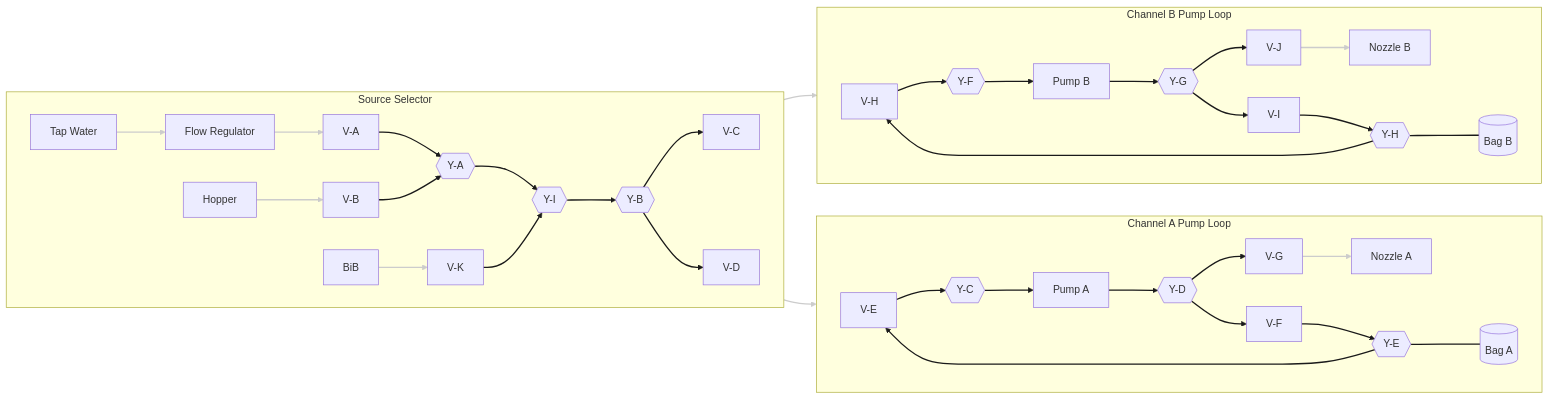
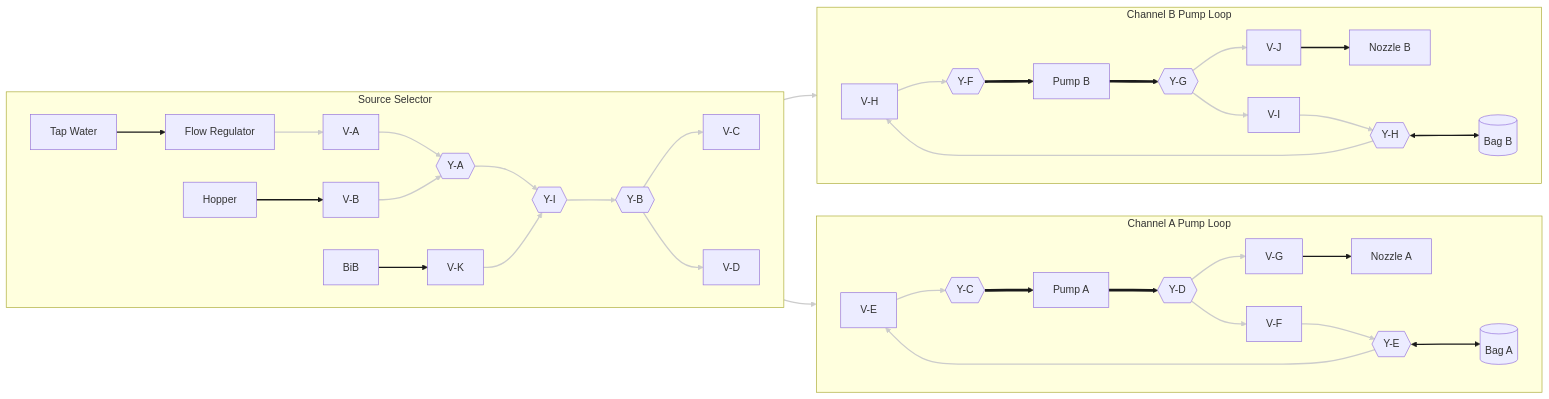
Before and after one commit to derekbreden/soda-flavor-injector: the diagram in hardware/topology/fluid-topology.mmd, drawn with Mermaid.

Commit message:
Refine fluid topology link styles and bag connections
Switch bag connections to bidirectional arrows. Reclassify link styles:
white lines for colocated manifold connections, dark lines for remote
tube runs. Add thicker dark style for longest runs (source/nozzle).

```diff
--- a/hardware/topology/fluid-topology.mmd
+++ b/hardware/topology/fluid-topology.mmd
@@ -1,57 +1,58 @@
 flowchart LR
 
   %% =========================
   %% Shared source / selection module
   %% =========================
   subgraph Selector["Source Selector"]
     direction LR
 
     Tap["Tap Water"] --> Reg["Flow Regulator"] --> VA["V-A"]
     Hopper["Hopper"] --> VB["V-B"]
     BiB["BiB"] --> VK["V-K"]
 
     VA --> YA{{"Y-A"}}
     VB --> YA
     YA --> YI{{"Y-I"}}
     VK --> YI
     YI --> YB{{"Y-B"}}
     YB --> VC["V-C"]
     YB --> VD["V-D"]
   end
 
   %% =========================
   %% Channel A module
   %% =========================
   subgraph PumpLoopA["Channel A Pump Loop"]
     direction LR
 
     VE["V-E"] --> YC{{"Y-C"}} --> PA["Pump A"] --> YD{{"Y-D"}}
     YD --> VG["V-G"] --> NozzleA["Nozzle A"]
     YD --> VF["V-F"] --> YE{{"Y-E"}}
-    YE --- BagA[("Bag A")]
+    YE <--> BagA[("Bag A")]
     YE --> VE
   end
 
   %% =========================
   %% Channel B module
   %% =========================
   subgraph PumpLoopB["Channel B Pump Loop"]
     direction LR
 
     VH["V-H"] --> YF{{"Y-F"}} --> PB["Pump B"] --> YG{{"Y-G"}}
     YG --> VJ["V-J"] --> NozzleB["Nozzle B"]
     YG --> VI["V-I"] --> YH{{"Y-H"}}
-    YH --- BagB[("Bag B")]
+    YH <--> BagB[("Bag B")]
     YH --> VH
   end
 
   %% =========================
   %% Cross-module connections
   %% =========================
   VC --> YC
   VD --> YF
 
   %% Long tube runs (sources, nozzles, cross-module)
-  linkStyle 0,1,2,3,15,24,29,30 stroke:#ccc,stroke-width:2px
+  linkStyle 12,13,21,22 stroke:#1a1a1a,stroke-width:4px
+  linkStyle 0,2,3,15,18,24,27 stroke:#1a1a1a,stroke-width:2px
   %% Short/negligible connections (V↔Y, Y↔Y, Y↔pump, Y↔bag)
-  linkStyle 4,5,6,7,8,9,10,11,12,13,14,16,17,18,19,20,21,22,23,25,26,27,28 stroke:#1a1a1a,stroke-width:2px
+  linkStyle 1,4,5,6,7,8,9,10,11,14,16,17,19,20,23,25,26,28,29,30 stroke:#ccc,stroke-width:2px
```
